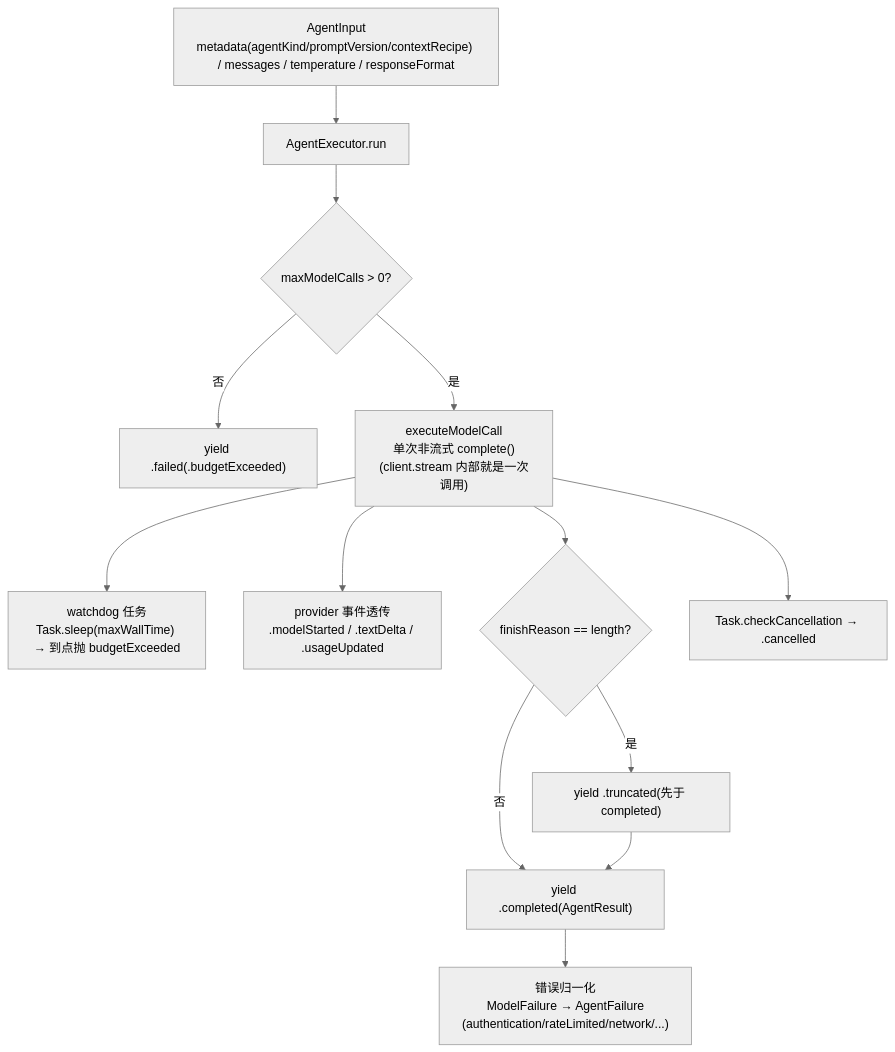
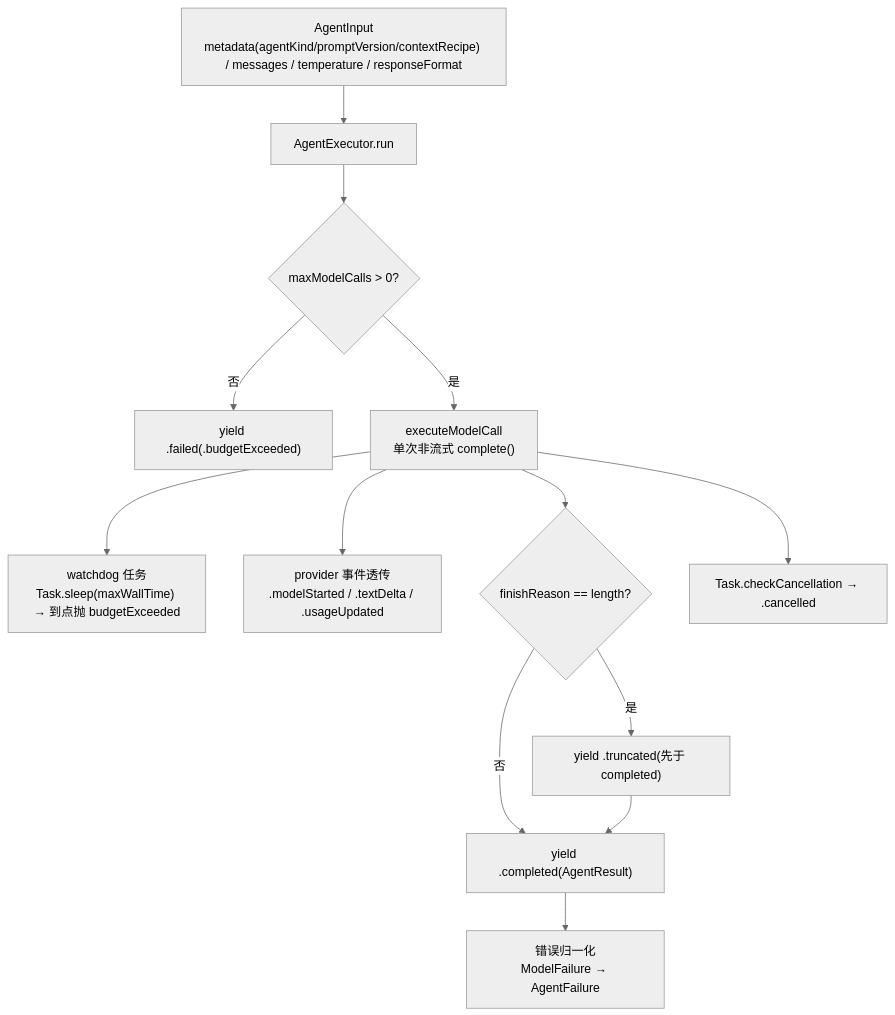
One commit to freecodetiger/Elsepage changed the fifth of 5 diagrams in ARCHITECTURE.md. Above: the diagram before and after it, drawn with Mermaid (neutral theme). The commit also changed other lines of this file and 7 other files, not shown here.

First line of the commit message:
feat(observability): context-pipeline metrics + updated architecture doc

````diff
--- a/ARCHITECTURE.md
+++ b/ARCHITECTURE.md
@@ -205,20 +206,20 @@
 ```mermaid
 flowchart TD
     IN["AgentInput<br/>metadata(agentKind/promptVersion/contextRecipe) / messages / temperature / responseFormat"]
     IN --> RUN["AgentExecutor.run"]
 
     RUN --> BUD{"maxModelCalls > 0?"}
     BUD -->|否| BFAIL["yield .failed(.budgetExceeded)"]
-    BUD -->|是| CALL["executeModelCall<br/>单次非流式 complete()(client.stream 内部就是一次调用)"]
+    BUD -->|是| CALL["executeModelCall<br/>单次非流式 complete()"]
 
     CALL --> WATCH["watchdog 任务<br/>Task.sleep(maxWallTime) → 到点抛 budgetExceeded"]
     CALL --> STREAM["provider 事件透传<br/>.modelStarted / .textDelta / .usageUpdated"]
 
     CALL --> TRUNC{"finishReason == length?"}
     TRUNC -->|是| T["yield .truncated(先于 completed)"]
     TRUNC -->|否| COMP
     T --> COMP["yield .completed(AgentResult)"]
 
-    COMP --> NORM["错误归一化<br/>ModelFailure → AgentFailure<br/>(authentication/rateLimited/network/...)"]
+    COMP --> NORM["错误归一化<br/>ModelFailure → AgentFailure"]
     CALL --> CANCEL["Task.checkCancellation → .cancelled"]
 ```
````
